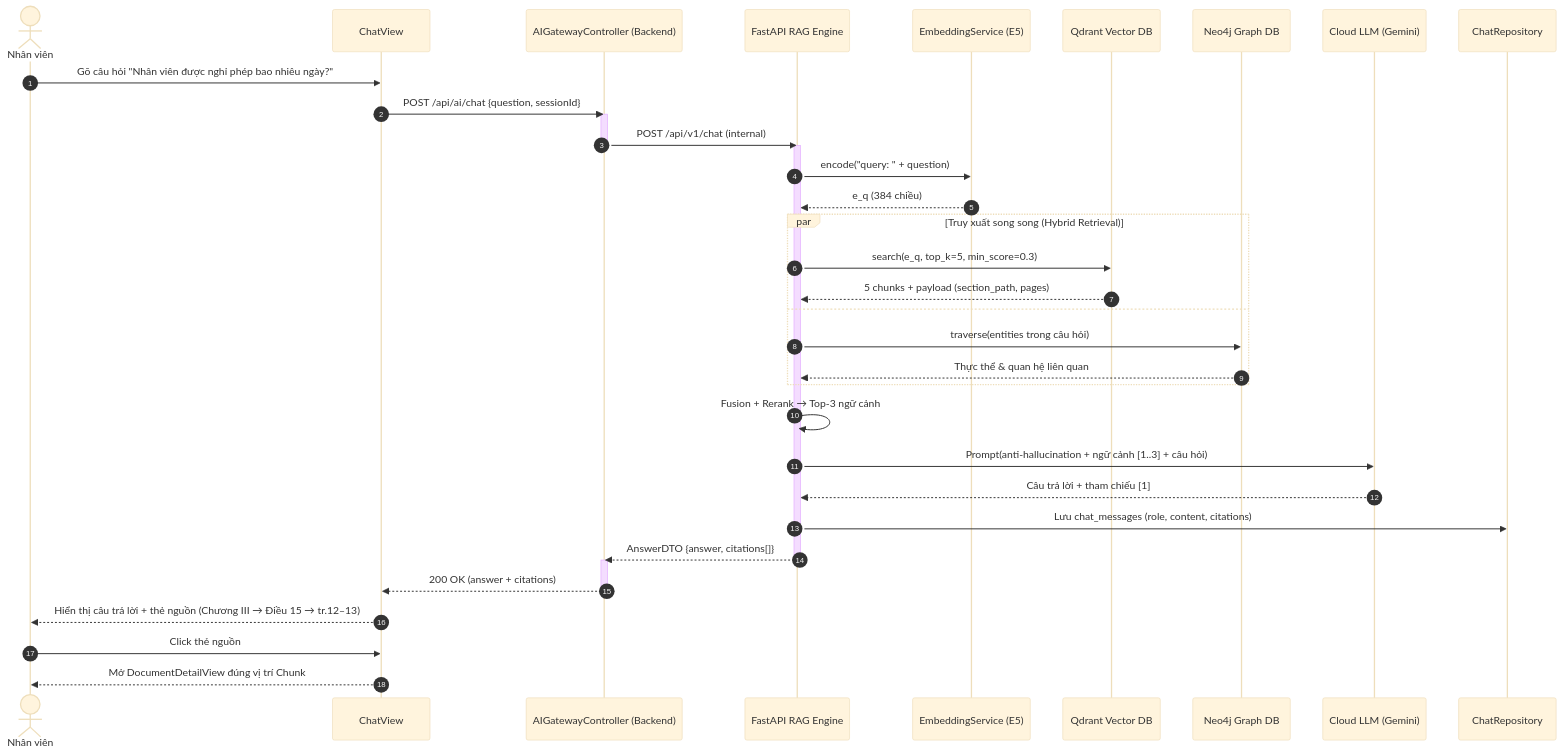
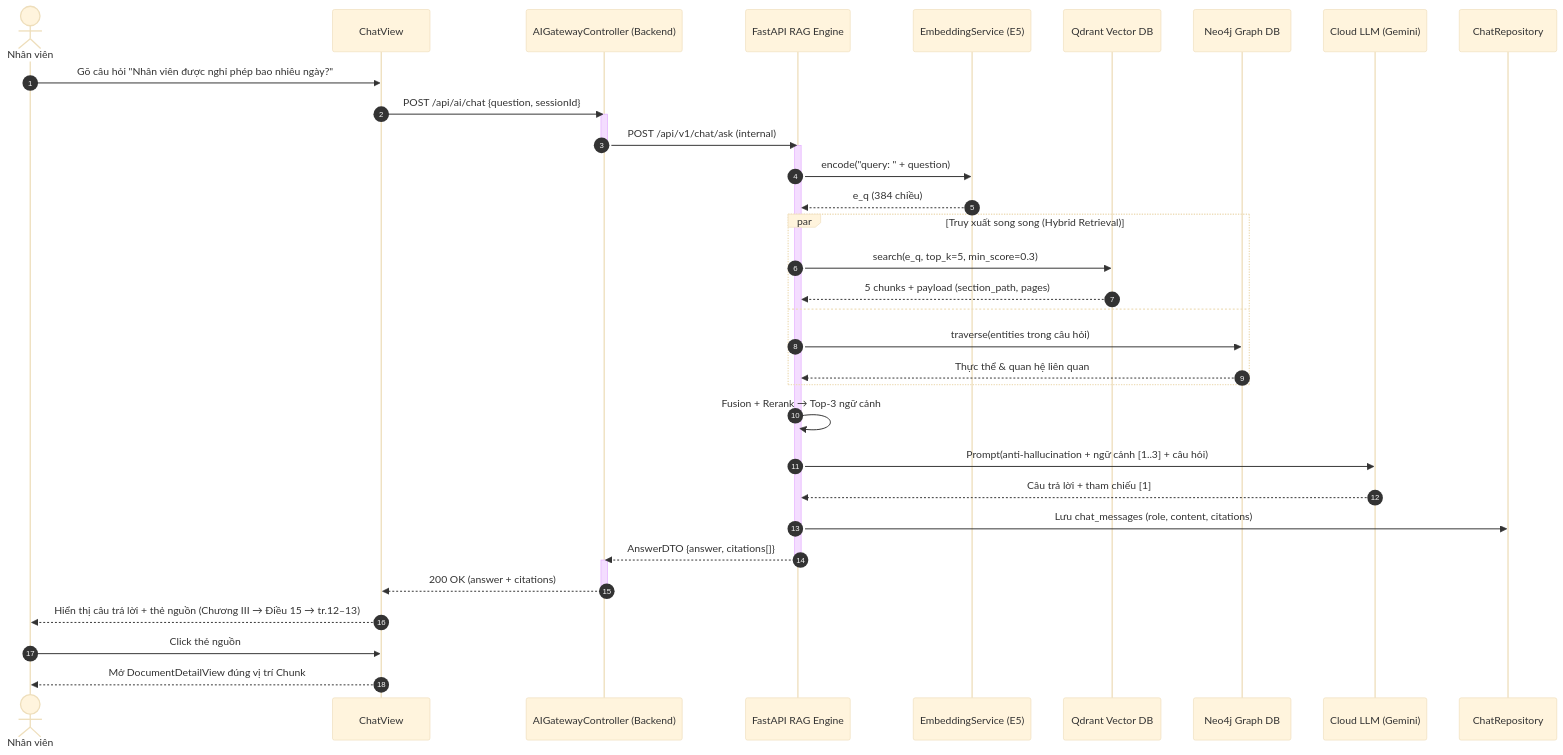
Before and after one commit to tho179/enterprise-ai-platform: diagram 37 of 46 in docs/thesis/chapter_04_system_design_and_pipeline.md, drawn with Mermaid (base theme). The commit also changed other lines of this file and 65 other files, not shown here.

````diff
--- a/docs/thesis/chapter_04_system_design_and_pipeline.md
+++ b/docs/thesis/chapter_04_system_design_and_pipeline.md
@@ -2153,45 +2158,45 @@
 ```mermaid
 sequenceDiagram
     autonumber
     actor Emp as Nhân viên
     participant UI as ChatView
     participant GW as AIGatewayController (Backend)
     participant AIService as FastAPI RAG Engine
     participant Embed as EmbeddingService (E5)
     participant Qdrant as Qdrant Vector DB
     participant Neo4j as Neo4j Graph DB
     participant LLM as Cloud LLM (Gemini)
     participant Memory as ChatRepository
 
     Emp->>UI: Gõ câu hỏi "Nhân viên được nghỉ phép bao nhiêu ngày?"
     UI->>GW: POST /api/ai/chat {question, sessionId}
     activate GW
-    GW->>AIService: POST /api/v1/chat (internal)
+    GW->>AIService: POST /api/v1/chat/ask (internal)
     deactivate GW
 
     activate AIService
     AIService->>Embed: encode("query: " + question)
     Embed-->>AIService: e_q (384 chiều)
 
     par Truy xuất song song (Hybrid Retrieval)
         AIService->>Qdrant: search(e_q, top_k=5, min_score=0.3)
         Qdrant-->>AIService: 5 chunks + payload (section_path, pages)
     and
         AIService->>Neo4j: traverse(entities trong câu hỏi)
         Neo4j-->>AIService: Thực thể & quan hệ liên quan
     end
 
     AIService->>AIService: Fusion + Rerank → Top-3 ngữ cảnh
     AIService->>LLM: Prompt(anti-hallucination + ngữ cảnh [1..3] + câu hỏi)
     LLM-->>AIService: Câu trả lời + tham chiếu [1]
     AIService->>Memory: Lưu chat_messages (role, content, citations)
     AIService-->>GW: AnswerDTO {answer, citations[]}
     deactivate AIService
 
     activate GW
     GW-->>UI: 200 OK (answer + citations)
     deactivate GW
     UI-->>Emp: Hiển thị câu trả lời + thẻ nguồn (Chương III → Điều 15 → tr.12–13)
     Emp->>UI: Click thẻ nguồn
     UI-->>Emp: Mở DocumentDetailView đúng vị trí Chunk
 ```
````
